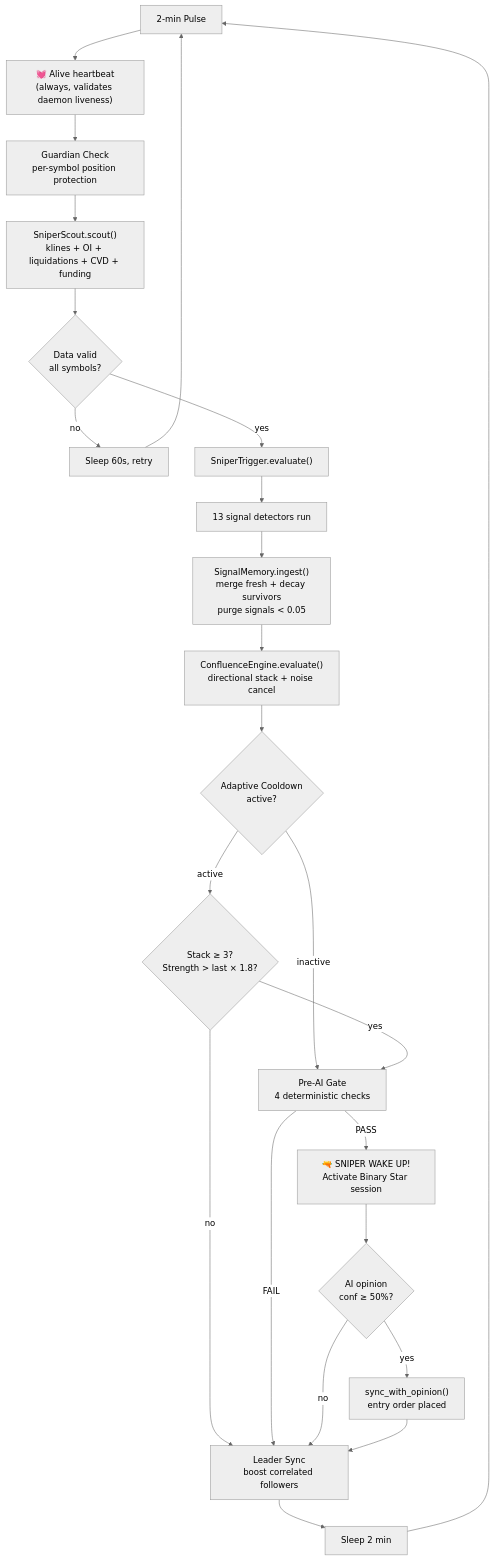
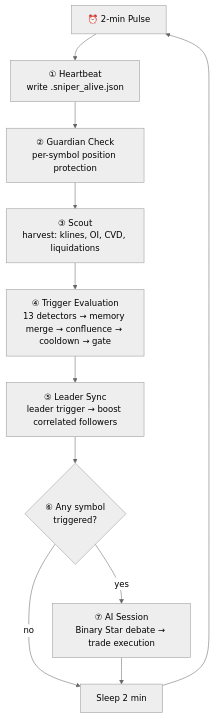
One commit to jiangyang5157/binary-star changed the third of 5 diagrams in README.md. Above: the diagram before and after it, drawn with Mermaid (neutral theme). The commit also changed other lines of this file, not shown here.

````diff
--- a/README.md
+++ b/README.md
@@ -251,26 +204,13 @@
 ```mermaid
 graph TD
-    Pulse["2-min Pulse"] --> Heartbeat["💓 Alive heartbeat<br/>(always, validates daemon liveness)"]
-    Heartbeat --> GuardianPre["Guardian Check<br/>per-symbol position protection"]
-    GuardianPre --> Scout["SniperScout.scout()<br/>klines + OI + liquidations + CVD + funding"]
-    Scout --> AllGood{"Data valid<br/>all symbols?"}
-    AllGood -->|no| Sleep60["Sleep 60s, retry"]
-    AllGood -->|yes| Trigger["SniperTrigger.evaluate()"]
-    Trigger --> Detect["13 signal detectors run"]
-    Detect --> Memory["SignalMemory.ingest()<br/>merge fresh + decay survivors<br/>purge signals < 0.05"]
-    Memory --> Confluence["ConfluenceEngine.evaluate()<br/>directional stack + noise cancel"]
-    Confluence --> Cooldown{"Adaptive Cooldown<br/>active?"}
-    Cooldown -->|active| CheckBreak{"Stack ≥ 3?<br/>Strength > last × 1.8?"}
-    Cooldown -->|inactive| Gate["Pre-AI Gate<br/>4 deterministic checks"]
-    CheckBreak -->|yes| Gate
-    CheckBreak -->|no| LeaderSync["Leader Sync<br/>boost correlated followers"]
-    Gate -->|FAIL| LeaderSync
-    Gate -->|PASS| Fire["🔫 SNIPER WAKE UP!<br/>Activate Binary Star session"]
-    Fire --> TradeGate{"AI opinion<br/>conf ≥ 50%?"}
-    TradeGate -->|yes| Execute["sync_with_opinion()<br/>entry order placed"]
-    TradeGate -->|no| LeaderSync
-    Execute --> LeaderSync
-    LeaderSync --> Sleep["Sleep 2 min"]
-    Sleep60 --> Pulse
-    Sleep --> Pulse
+    PULSE["⏰ 2-min Pulse"] --> H["① Heartbeat<br/>write .sniper_alive.json"]
+    H --> G["② Guardian Check<br/>per-symbol position protection"]
+    G --> S["③ Scout<br/>harvest: klines, OI, CVD, liquidations"]
+    S --> T["④ Trigger Evaluation<br/>13 detectors → memory merge → confluence → cooldown → gate"]
+    T --> LS["⑤ Leader Sync<br/>leader trigger → boost correlated followers"]
+    LS --> AI{"⑥ Any symbol<br/>triggered?"}
+    AI -->|"yes"| SESSION["⑦ AI Session<br/>Binary Star debate → trade execution"]
+    AI -->|"no"| SLEEP["Sleep 2 min"]
+    SESSION --> SLEEP
+    SLEEP --> PULSE
 ```
````
